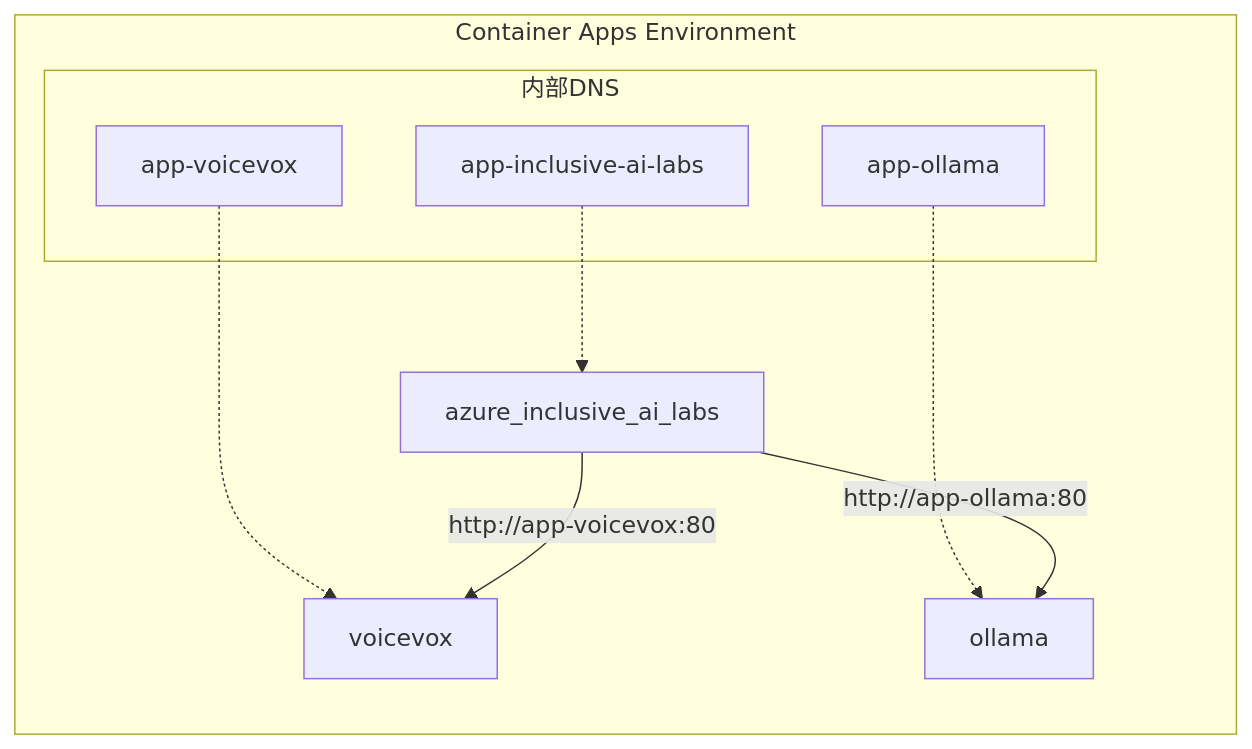
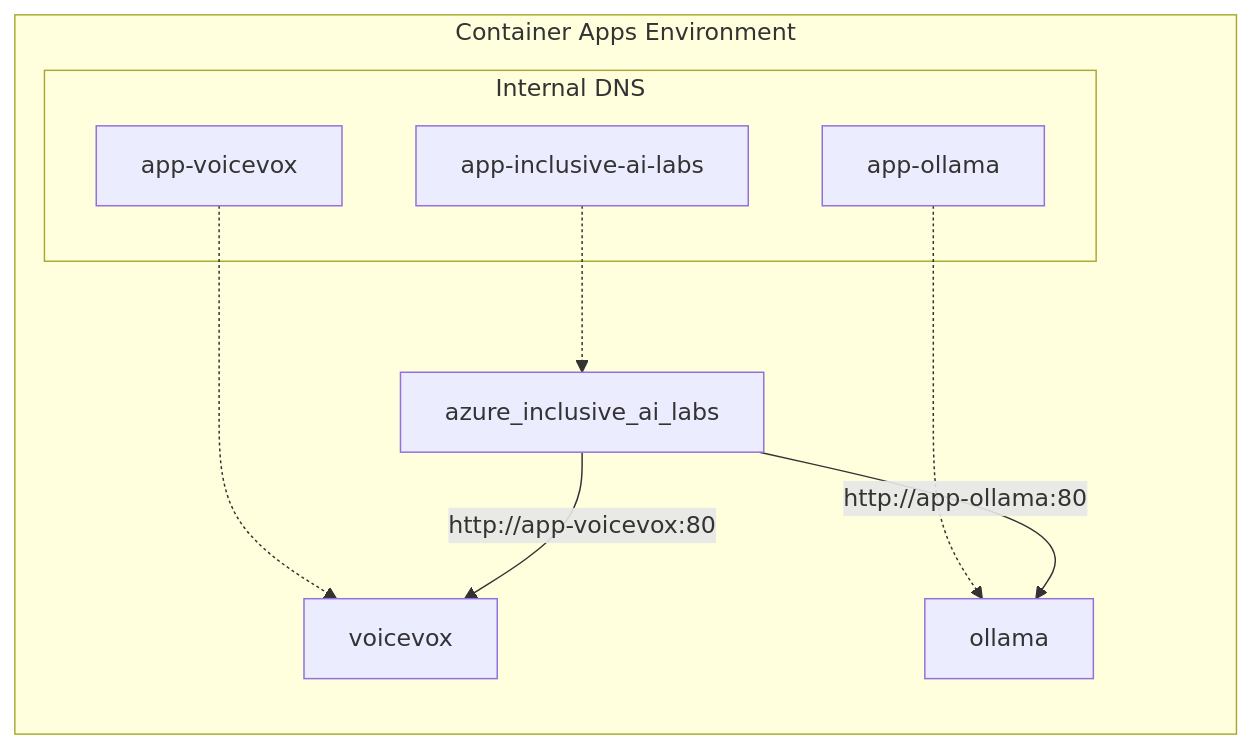
The seventh of 12 diagrams in infra/scenarios/azure_inclusive_ai_labs/README.md (ks6088ts/template-terraform), drawn with Mermaid before and after one commit. The commit also changed other lines of this file and 28 other files, not shown here.

````diff
--- a/infra/scenarios/azure_inclusive_ai_labs/README.md
+++ b/infra/scenarios/azure_inclusive_ai_labs/README.md
@@ -271,23 +271,23 @@
 ```mermaid
 flowchart TB
     subgraph CAE["Container Apps Environment"]
         direction TB
 
-        subgraph DNS["内部DNS"]
+        subgraph DNS["Internal DNS"]
             D1["app-inclusive-ai-labs"]
             D2["app-voicevox"]
             D3["app-ollama"]
         end
 
         IAL["azure_inclusive_ai_labs"]
         VV["voicevox"]
         OL["ollama"]
 
         D1 -.-> IAL
         D2 -.-> VV
         D3 -.-> OL
     end
 
     IAL -->|"http://app-voicevox:80"| VV
     IAL -->|"http://app-ollama:80"| OL
 ```
````
